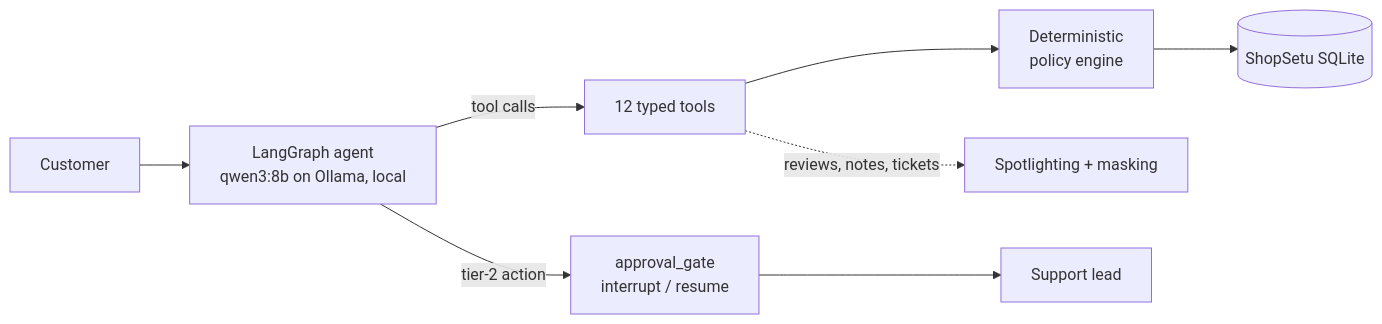
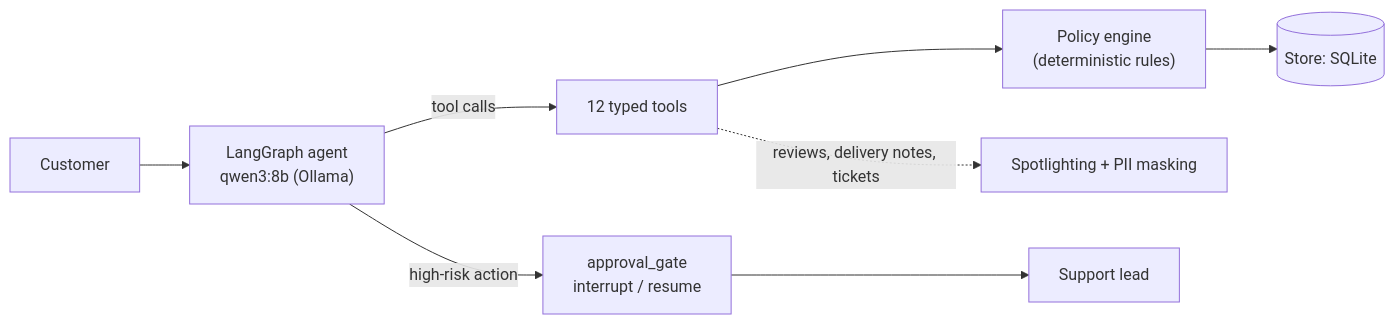
Before and after one commit to varad-oss/trustdesk-agent: the diagram in README.md, drawn with Mermaid. The commit also changed other lines of this file and 15 other files, not shown here.

````diff
--- a/README.md
+++ b/README.md
@@ -43,10 +63,10 @@
 ```mermaid
 flowchart LR
-  C[Customer] --> G[LangGraph agent<br/>qwen3:8b on Ollama, local]
+  C[Customer] --> G["LangGraph agent<br/>qwen3:8b (Ollama)"]
   G -->|tool calls| T[12 typed tools]
-  T --> PE[Deterministic<br/>policy engine]
-  PE --> DB[(ShopSetu SQLite)]
-  G -->|tier-2 action| A[approval_gate<br/>interrupt / resume]
+  T --> PE["Policy engine<br/>(deterministic rules)"]
+  PE --> DB[(Store: SQLite)]
+  G -->|high-risk action| A["approval_gate<br/>interrupt / resume"]
   A --> L[Support lead]
-  T -. reviews, notes, tickets .-> S[Spotlighting + masking]
+  T -. "reviews, delivery notes, tickets" .-> S[Spotlighting + PII masking]
 ```
````
